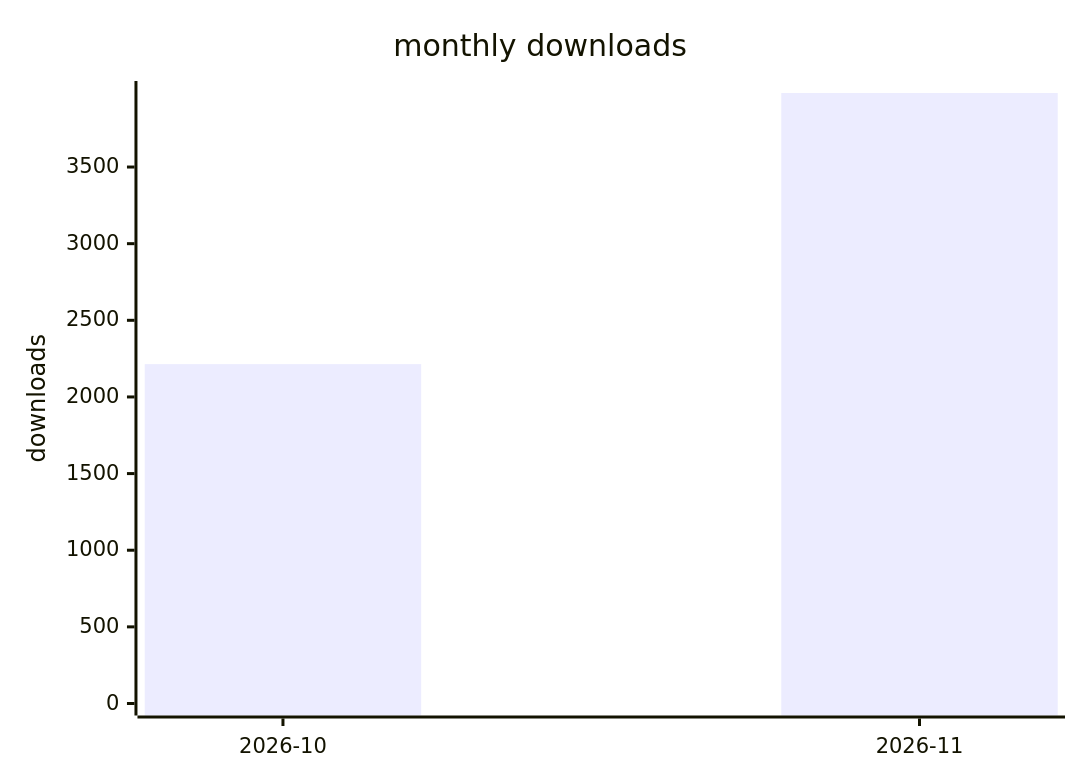
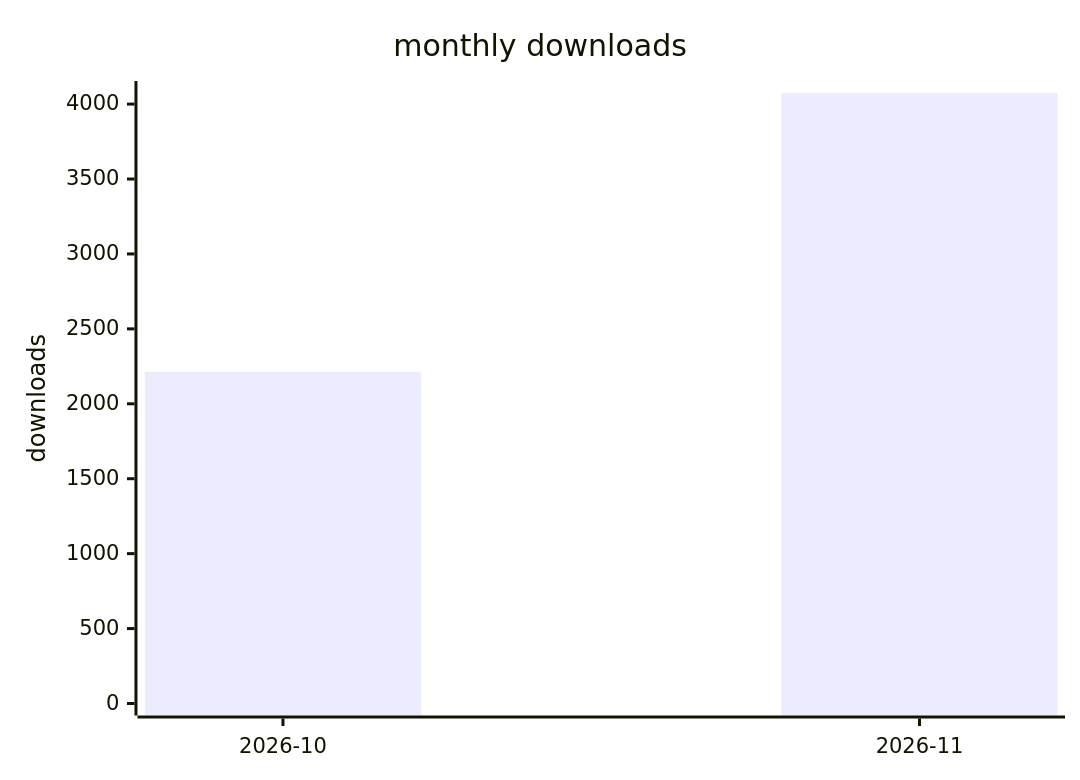
Before and after one commit to terry2010/dsh-rss-news-daily: the second of 2 diagrams in docs/downloads-2026.md, drawn with Mermaid. The commit also changed other lines of this file and 1 other file, not shown here.

````diff
--- a/docs/downloads-2026.md
+++ b/docs/downloads-2026.md
@@ -29,7 +29,7 @@
 ```mermaid
 xychart-beta
     title "monthly downloads"
     x-axis ["2026-10", "2026-11"]
-    y-axis "downloads" 0 --> 3983
-    bar [2214, 3983]
+    y-axis "downloads" 0 --> 4074
+    bar [2214, 4074]
 ```
````
